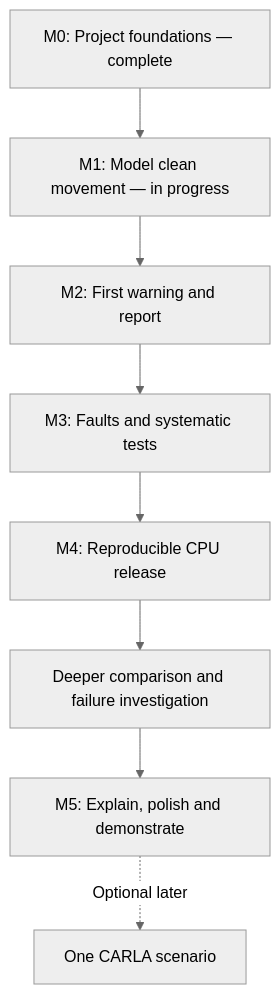
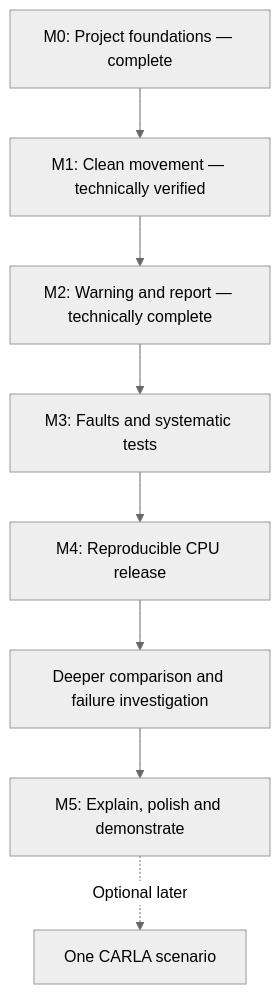
One commit to Lifelessdice/DriveCheck changed the diagram in docs/learning-roadmap.md. Above: the diagram before and after it, drawn with Mermaid (neutral theme). The commit also changed other lines of this file and 5 other files, not shown here.

````diff
--- a/docs/learning-roadmap.md
+++ b/docs/learning-roadmap.md
@@ -11,10 +11,10 @@
 ```mermaid
 flowchart TD
-    A["M0: Project foundations — complete"] --> B["M1: Model clean movement — in progress"]
-    B --> C["M2: First warning and report"]
+    A["M0: Project foundations — complete"] --> B["M1: Clean movement — technically verified"]
+    B --> C["M2: Warning and report — technically complete"]
     C --> D["M3: Faults and systematic tests"]
     D --> E["M4: Reproducible CPU release"]
     E --> F["Deeper comparison and failure investigation"]
     F --> G["M5: Explain, polish and demonstrate"]
     G -. "Optional later" .-> H["One CARLA scenario"]
 ```
````
